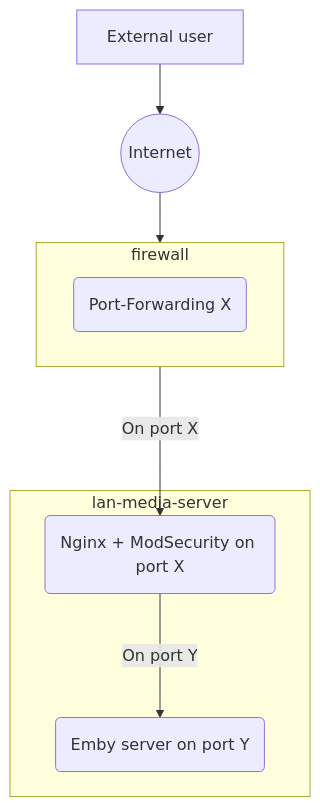
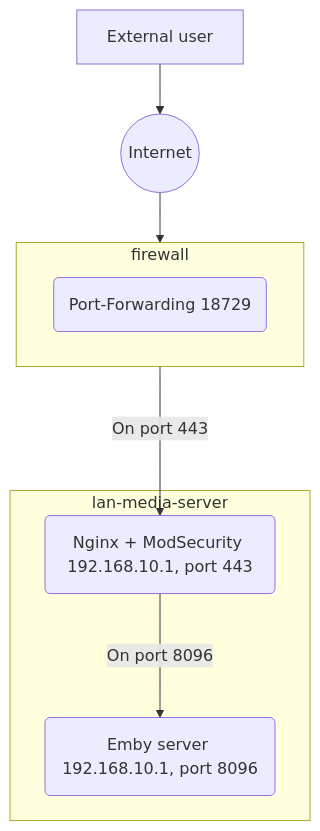
The diagram in emby-reverse-proxy/README.md (maksokami/doc-starter), drawn with Mermaid before and after one commit. The commit also changed other lines of this file, not shown here.

````diff
--- a/emby-reverse-proxy/README.md
+++ b/emby-reverse-proxy/README.md
@@ -1,19 +1,19 @@
 ```mermaid
 graph TD
   ext[External user]
  internet((Internet))
 
 subgraph firewall
 linkStyle default interpolate basis
-   pf(Port-Forwarding X)
+   pf(Port-Forwarding 18729)
 end
 subgraph lan-media-server
 linkStyle default interpolate basis
-  proxy(Nginx + ModSecurity on port X)
-  emby(Emby server on port Y)
+  proxy(Nginx + ModSecurity 192.168.10.1, port 443)
+  emby(Emby server 192.168.10.1, port 8096)
 end
  ext-->internet
  internet-->firewall
- firewall--->|On port X|proxy
- proxy--->|On port Y|emby
+ firewall--->|On port 443|proxy
+ proxy--->|On port 8096|emby
 ```
````
